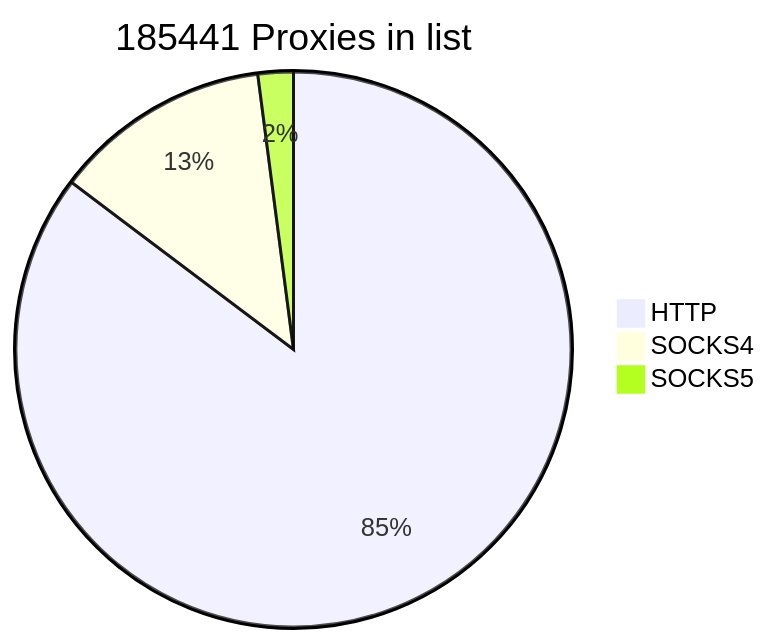
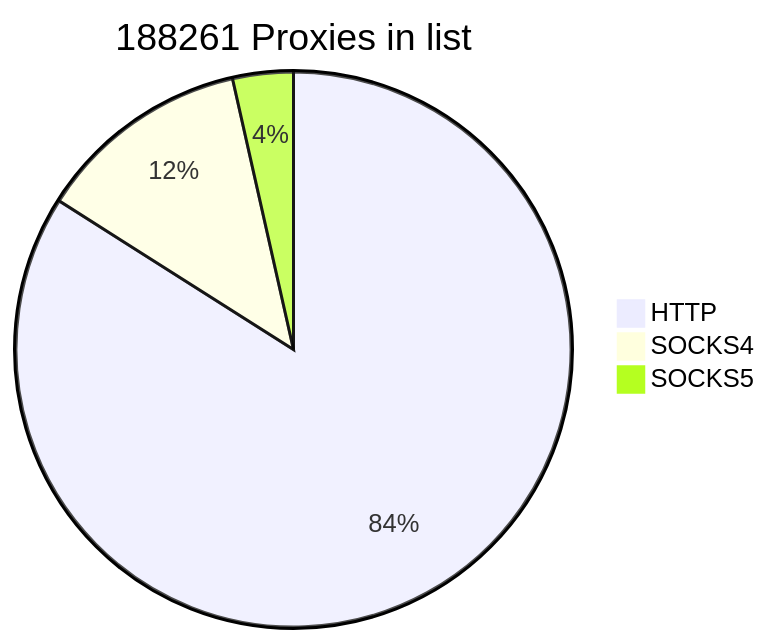
The first of 2 diagrams in README.md (cutipu/proxylist), drawn with Mermaid before and after one commit. The commit also changed other lines of this file, not shown here.

````diff
--- a/README.md
+++ b/README.md
@@ -2,7 +2,7 @@
 ```mermaid
-pie title 185441 Proxies in list
-    "HTTP" : 158133
+pie title 188261 Proxies in list
+    "HTTP" : 158131
     "SOCKS4" : 23494
-    "SOCKS5" : 3814
+    "SOCKS5" : 6636
             
 ```
````
